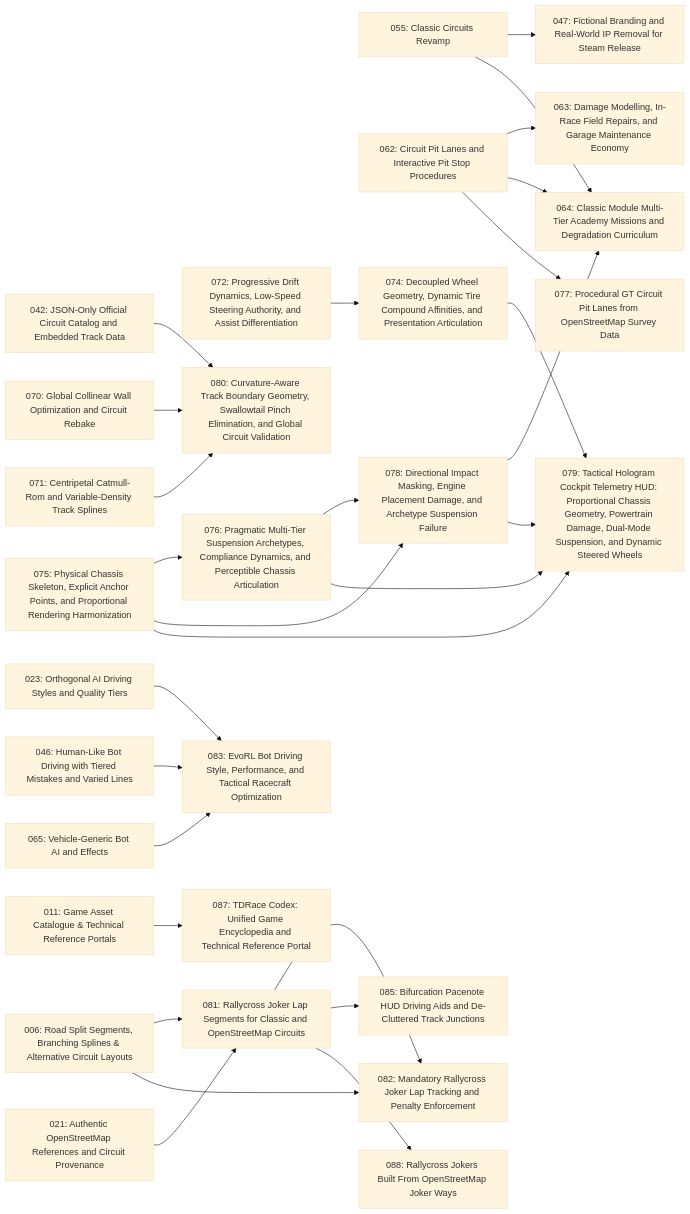
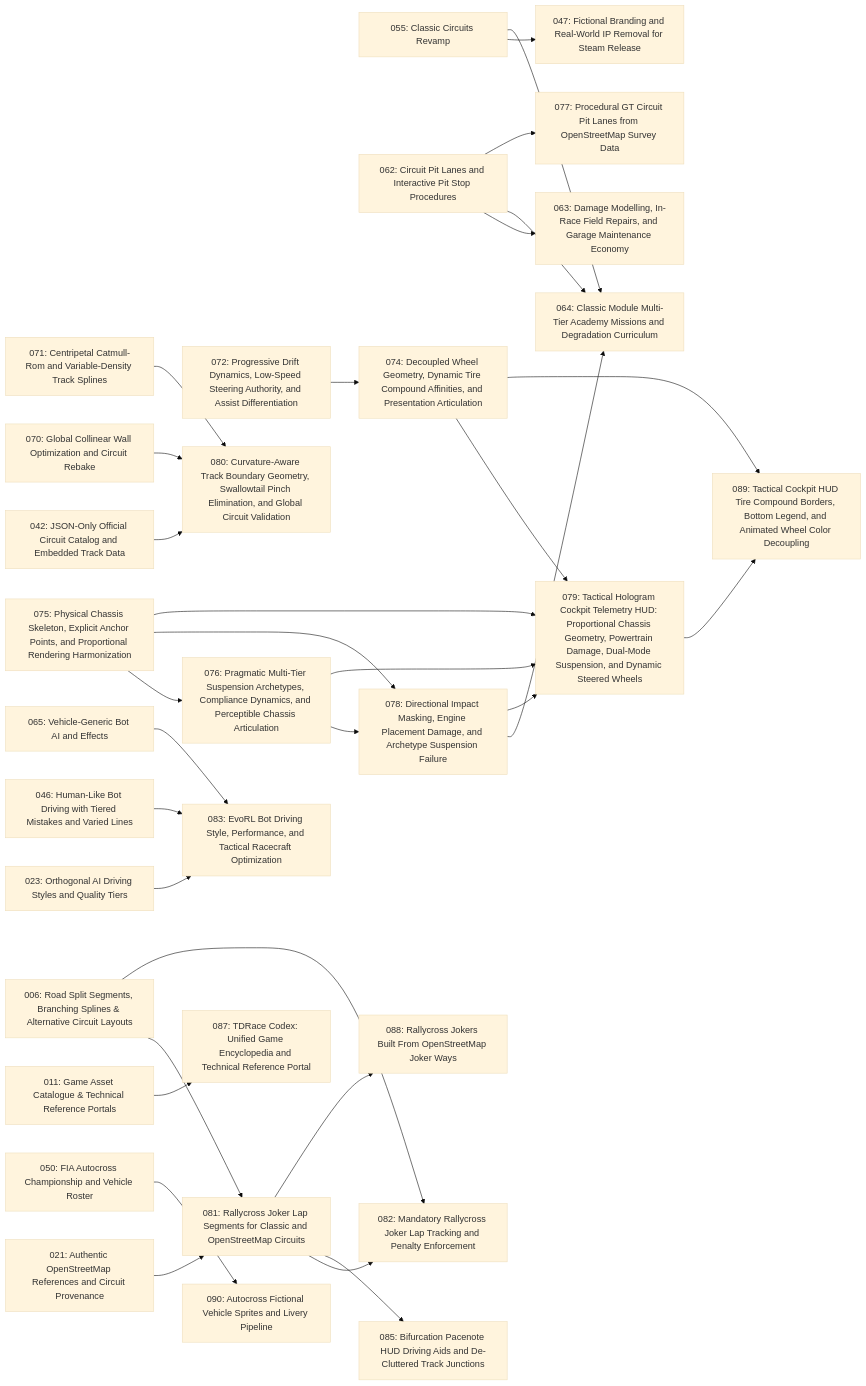
One commit to magomar/tdrace changed the diagram in specs/index.md. Above: the diagram before and after it, drawn with Mermaid (base theme). The commit also changed other lines of this file and 52 other files, not shown here.

Commit message:
feat(autocross): generate fictional vehicle sprites facing right and zero IP (tdrace-1nl8)

````diff
--- a/specs/index.md
+++ b/specs/index.md
@@ -114,58 +116,64 @@
 ```mermaid
 flowchart LR
     006["006: Road Split Segments, Branching Splines & Alternative Circuit Layouts"]
     011["011: Game Asset Catalogue & Technical Reference Portals"]
     021["021: Authentic OpenStreetMap References and Circuit Provenance"]
     023["023: Orthogonal AI Driving Styles and Quality Tiers"]
     042["042: JSON-Only Official Circuit Catalog and Embedded Track Data"]
     046["046: Human-Like Bot Driving with Tiered Mistakes and Varied Lines"]
     047["047: Fictional Branding and Real-World IP Removal for Steam Release"]
+    050["050: FIA Autocross Championship and Vehicle Roster"]
     055["055: Classic Circuits Revamp"]
     062["062: Circuit Pit Lanes and Interactive Pit Stop Procedures"]
     063["063: Damage Modelling, In-Race Field Repairs, and Garage Maintenance Economy"]
     064["064: Classic Module Multi-Tier Academy Missions and Degradation Curriculum"]
     065["065: Vehicle-Generic Bot AI and Effects"]
     070["070: Global Collinear Wall Optimization and Circuit Rebake"]
     071["071: Centripetal Catmull-Rom and Variable-Density Track Splines"]
     072["072: Progressive Drift Dynamics, Low-Speed Steering Authority, and Assist Differentiation"]
     074["074: Decoupled Wheel Geometry, Dynamic Tire Compound Affinities, and Presentation Articulation"]
     075["075: Physical Chassis Skeleton, Explicit Anchor Points, and Proportional Rendering Harmonization"]
     076["076: Pragmatic Multi-Tier Suspension Archetypes, Compliance Dynamics, and Perceptible Chassis Articulation"]
     077["077: Procedural GT Circuit Pit Lanes from OpenStreetMap Survey Data"]
     078["078: Directional Impact Masking, Engine Placement Damage, and Archetype Suspension Failure"]
     079["079: Tactical Hologram Cockpit Telemetry HUD: Proportional Chassis Geometry, Powertrain Damage, Dual-Mode Suspension, and Dynamic Steered Wheels"]
     080["080: Curvature-Aware Track Boundary Geometry, Swallowtail Pinch Elimination, and Global Circuit Validation"]
     081["081: Rallycross Joker Lap Segments for Classic and OpenStreetMap Circuits"]
     082["082: Mandatory Rallycross Joker Lap Tracking and Penalty Enforcement"]
     083["083: EvoRL Bot Driving Style, Performance, and Tactical Racecraft Optimization"]
     085["085: Bifurcation Pacenote HUD Driving Aids and De-Cluttered Track Junctions"]
     087["087: TDRace Codex: Unified Game Encyclopedia and Technical Reference Portal"]
     088["088: Rallycross Jokers Built From OpenStreetMap Joker Ways"]
+    089["089: Tactical Cockpit HUD Tire Compound Borders, Bottom Legend, and Animated Wheel Color Decoupling"]
+    090["090: Autocross Fictional Vehicle Sprites and Livery Pipeline"]
     055 --> 047
     062 --> 063
     055 --> 064
     062 --> 064
     078 --> 064
     072 --> 074
     075 --> 076
     062 --> 077
     075 --> 078
     076 --> 078
     074 --> 079
     075 --> 079
     076 --> 079
     078 --> 079
     042 --> 080
     070 --> 080
     071 --> 080
     006 --> 081
     021 --> 081
     006 --> 082
     081 --> 082
     023 --> 083
     046 --> 083
     065 --> 083
     081 --> 085
     011 --> 087
     081 --> 088
+    074 --> 089
+    079 --> 089
+    050 --> 090
 ```
````
